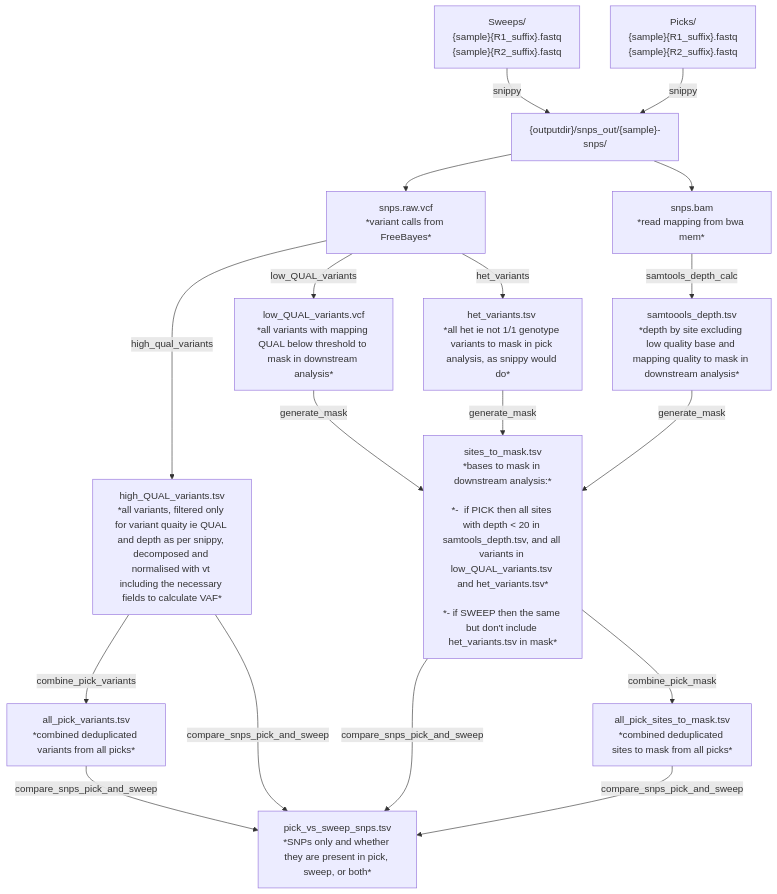
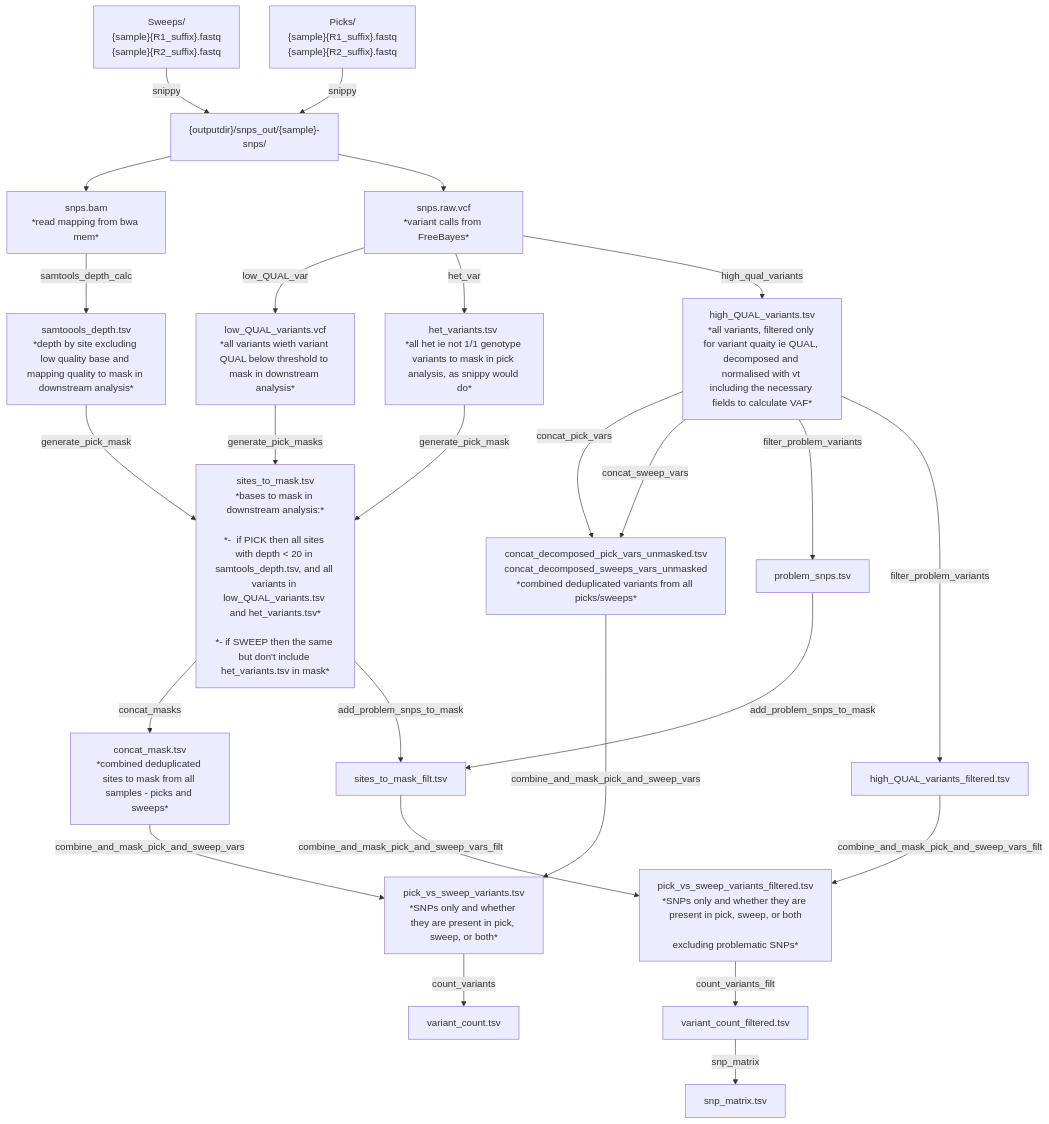
Before and after one commit to joelewis101/TRACS-liverpool: the diagram in bioinformatics/snakemake/README.md, drawn with Mermaid.

Commit message:
Update pipeline flowchart

````diff
--- a/bioinformatics/snakemake/README.md
+++ b/bioinformatics/snakemake/README.md
@@ -40,39 +40,57 @@
 ```mermaid
 flowchart TB
 a["Sweeps/ 
 {sample}{R1_suffix}.fastq
 {sample}{R2_suffix}.fastq"] -->|snippy| B
 A["Picks/ 
 {sample}{R1_suffix}.fastq
 {sample}{R2_suffix}.fastq"] -->|snippy| B["{outputdir}/snps_out/{sample}-snps/"]
 B --> C[snps.bam
 *read mapping from bwa mem*]
 B --> D[snps.raw.vcf
 *variant calls from FreeBayes*]
-D -->|low_QUAL_variants| E[low_QUAL_variants.vcf
-*all variants with mapping QUAL below threshold to mask in downstream analysis*]
+D -->|low_QUAL_var| E[low_QUAL_variants.vcf
+*all variants wieth variant QUAL below threshold to mask in downstream analysis*]
 C -->|samtools_depth_calc| F[samtoools_depth.tsv
 *depth by site excluding low quality base and mapping quality to mask in downstream analysis*]
-D -->|het_variants| G[het_variants.tsv 
+D -->|het_var| G[het_variants.tsv 
 *all het ie not 1/1 genotype variants to mask in pick analysis, as snippy would do*]
 D -->|high_qual_variants| H[high_QUAL_variants.tsv
-*all variants, filtered only for variant quaity ie QUAL and depth as per snippy, decomposed and normalised with vt including the necessary fields to calculate VAF*]
-E -->|generate_mask| I[sites_to_mask.tsv
+*all variants, filtered only for variant quaity ie QUAL, decomposed and normalised with vt including the necessary fields to calculate VAF*]
+E -->|generate_pick_masks| I[sites_to_mask.tsv
 *bases to mask in downstream analysis:*
 
 *-  if PICK then all sites with depth < 20 in samtools_depth.tsv, and all variants in low_QUAL_variants.tsv and het_variants.tsv*
 
 *- if SWEEP then the same but don't include het_variants.tsv in mask*]
-G -->|generate_mask| I
-F -->|generate_mask| I
-I -->|combine_pick_mask| J[all_pick_sites_to_mask.tsv
-*combined deduplicated sites to mask from all picks*]
-H -->|combine_pick_variants| K[all_pick_variants.tsv
-*combined deduplicated variants from all picks*]
-K -->|compare_snps_pick_and_sweep| L[pick_vs_sweep_snps.tsv
+G -->|generate_pick_mask| I
+F -->|generate_pick_mask| I
+I -->|concat_masks| J[concat_mask.tsv
+*combined deduplicated sites to mask from all samples - picks and sweeps*]
+H -->|concat_pick_vars| K[concat_decomposed_pick_vars_unmasked.tsv
+concat_decomposed_sweeps_vars_unmasked
+*combined deduplicated variants from all picks/sweeps*]
+H -->|concat_sweep_vars| K
+K -->|combine_and_mask_pick_and_sweep_vars| L[pick_vs_sweep_variants.tsv
 *SNPs only and whether they are present in pick, sweep, or both*]
-H -->|compare_snps_pick_and_sweep| L
-I -->|compare_snps_pick_and_sweep| L
-J -->|compare_snps_pick_and_sweep| L
+J -->|combine_and_mask_pick_and_sweep_vars| L
 
+
+
+
+H -->|filter_problem_variants| M[problem_snps.tsv]
+M -->|add_problem_snps_to_mask| O[sites_to_mask_filt.tsv]
+I -->|add_problem_snps_to_mask| O[sites_to_mask_filt.tsv]
+H -->|filter_problem_variants| N[high_QUAL_variants_filtered.tsv]
+
+O -->|combine_and_mask_pick_and_sweep_vars_filt| P[pick_vs_sweep_variants_filtered.tsv
+*SNPs only and whether they are present in pick, sweep, or both
+
+excluding problematic SNPs*]
+
+N --> |combine_and_mask_pick_and_sweep_vars_filt| P
+
+L--> |count_variants| Q[variant_count.tsv]
+P--> |count_variants_filt| R[variant_count_filtered.tsv]
+R--> |snp_matrix| S[snp_matrix.tsv]
 ```
````
